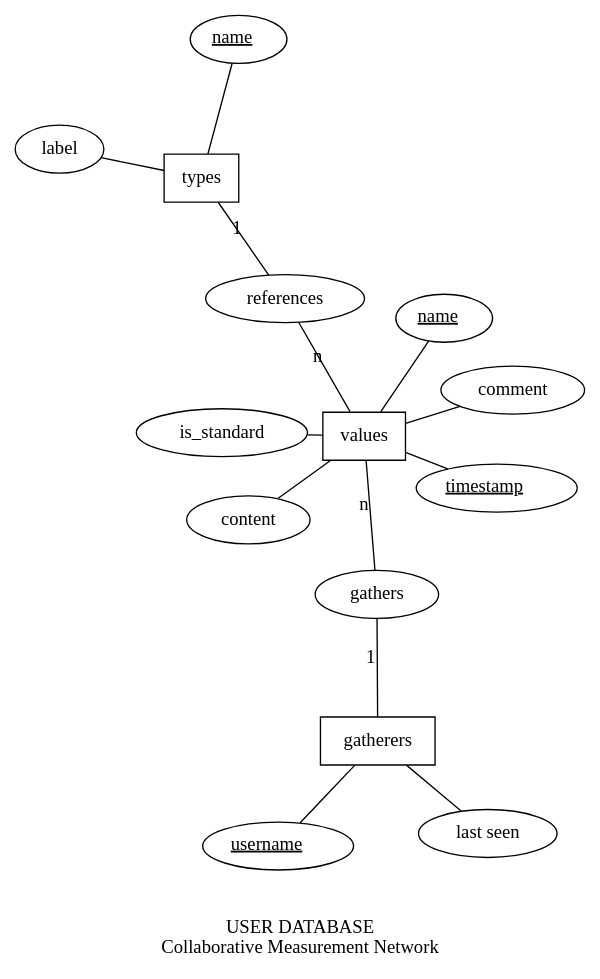
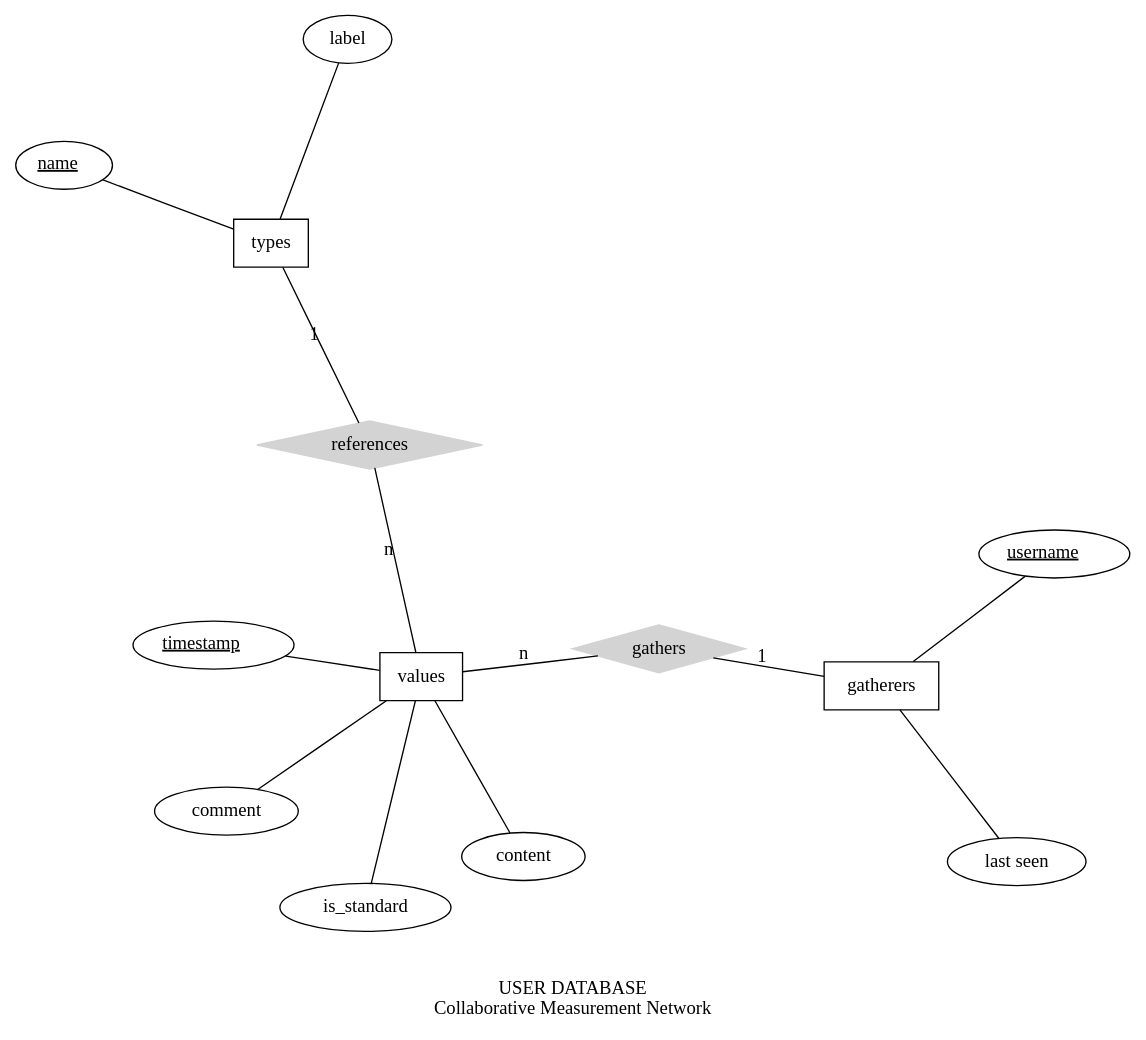
One commit to gruener-campus-malchow/colamator changed the diagram in doc/erm.dot. Above: the diagram before and after it, drawn with Graphviz. The commit also changed 1 other file, not shown here.

```diff
--- a/doc/erm.dot
+++ b/doc/erm.dot
@@ -1,41 +1,41 @@
 graph ER {
 
   layout=neato;
    //overlap = scale;
    overlap = false;
 
   node [shape=box]; types; values; gatherers;
 
-  node [shape=ellipse];  name0; name1; username; label; comment; content; timestamp; status; is_standard;
+  node [shape=ellipse];  name0; username; label; comment; content; timestamp; status; is_standard;
 
-  //node [shape=diamond,style=filled,color=lightgrey] {"classifies";} 
+  node [shape=diamond,style=filled,color=lightgrey] {"references"; "gathers"} 
 
   name0 -- types;
   label -- types;
   name0 [label=<<u>name</u>>];
 
-  name1 -- values;
+  //name1 -- values;
   content -- values;
   is_standard -- values;
   timestamp -- values;
   comment -- values;
-  name1 [label=<<u>name</u>>];
+  //name1 [label=<<u>name</u>>];
   timestamp [label=<<u>timestamp</u>>];
 
   username -- gatherers;
   status -- gatherers;
   username [label=<<u>username</u>>];
   status [label="last seen"];
 
  // types -- "classifies" [label="1",len=1.00];
  // values -- "classifies" [label="n",len=1.00];
 
   types -- "references" [label="1",len=1.00];
   values -- "references" [label="n",len=1.00];
 
   gatherers -- "gathers" [label="1",len=1.00];
   values -- "gathers" [label="n",len=1.00];
 
   label = "\n\nUSER DATABASE\nCollaborative Measurement Network";
   fontsize=14;
 }
```
